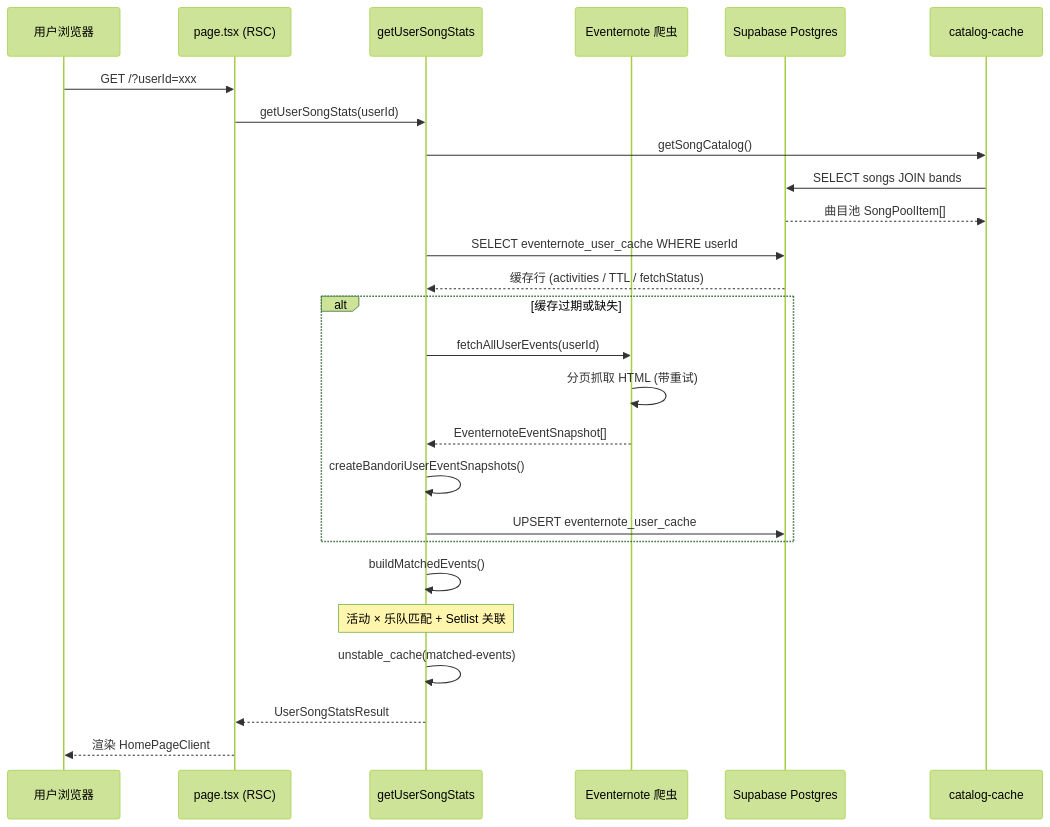
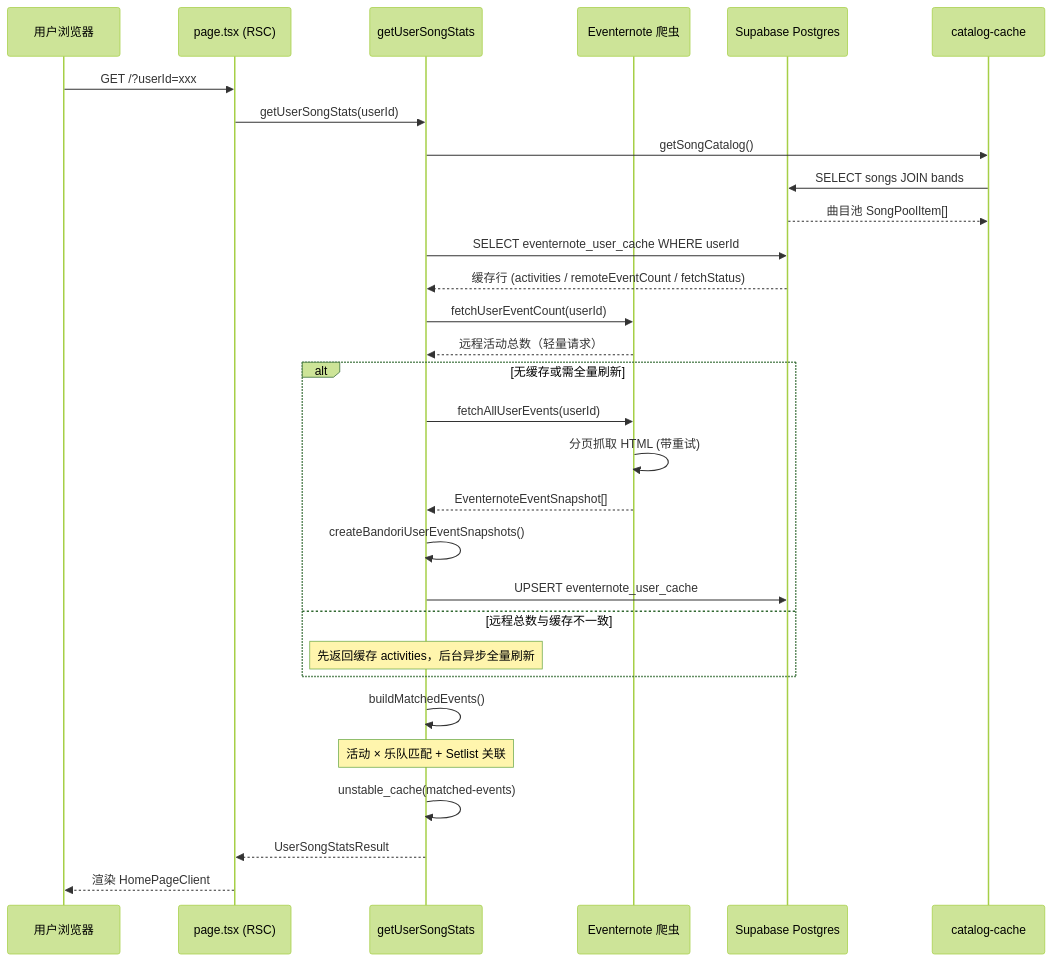
One commit to calcxx/bandori-live-songs changed the second of 5 diagrams in ARCHITECTURE.md. Above: the diagram before and after it, drawn with Mermaid (forest theme). The commit also changed other lines of this file and 1 other file, not shown here.

````diff
--- a/ARCHITECTURE.md
+++ b/ARCHITECTURE.md
@@ -89,31 +89,35 @@
 ```mermaid
 sequenceDiagram
     participant U as 用户浏览器
     participant P as page.tsx (RSC)
     participant S as getUserSongStats
     participant EN as Eventernote 爬虫
     participant DB as Supabase Postgres
     participant C as catalog-cache
 
     U->>P: GET /?userId=xxx
     P->>S: getUserSongStats(userId)
     S->>C: getSongCatalog()
     C->>DB: SELECT songs JOIN bands
     DB-->>C: 曲目池 SongPoolItem[]
     S->>DB: SELECT eventernote_user_cache WHERE userId
-    DB-->>S: 缓存行 (activities / TTL / fetchStatus)
+    DB-->>S: 缓存行 (activities / remoteEventCount / fetchStatus)
+    S->>EN: fetchUserEventCount(userId)
+    EN-->>S: 远程活动总数（轻量请求）
 
-    alt 缓存过期或缺失
+    alt 无缓存或需全量刷新
         S->>EN: fetchAllUserEvents(userId)
         EN->>EN: 分页抓取 HTML (带重试)
         EN-->>S: EventernoteEventSnapshot[]
         S->>S: createBandoriUserEventSnapshots()
         S->>DB: UPSERT eventernote_user_cache
+    else 远程总数与缓存不一致
+        Note over S: 先返回缓存 activities，后台异步全量刷新
     end
 
     S->>S: buildMatchedEvents()
     Note over S: 活动 × 乐队匹配 + Setlist 关联
     S->>S: unstable_cache(matched-events)
     S-->>P: UserSongStatsResult
     P-->>U: 渲染 HomePageClient
 ```
````
